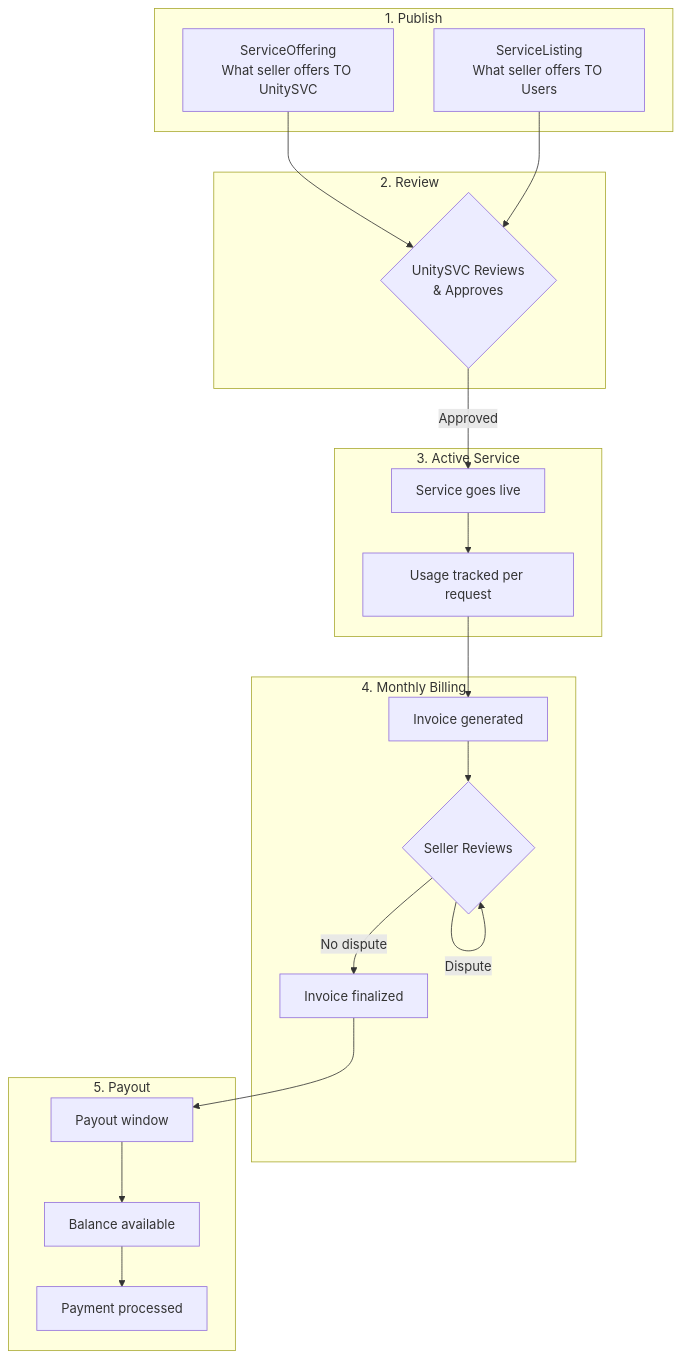
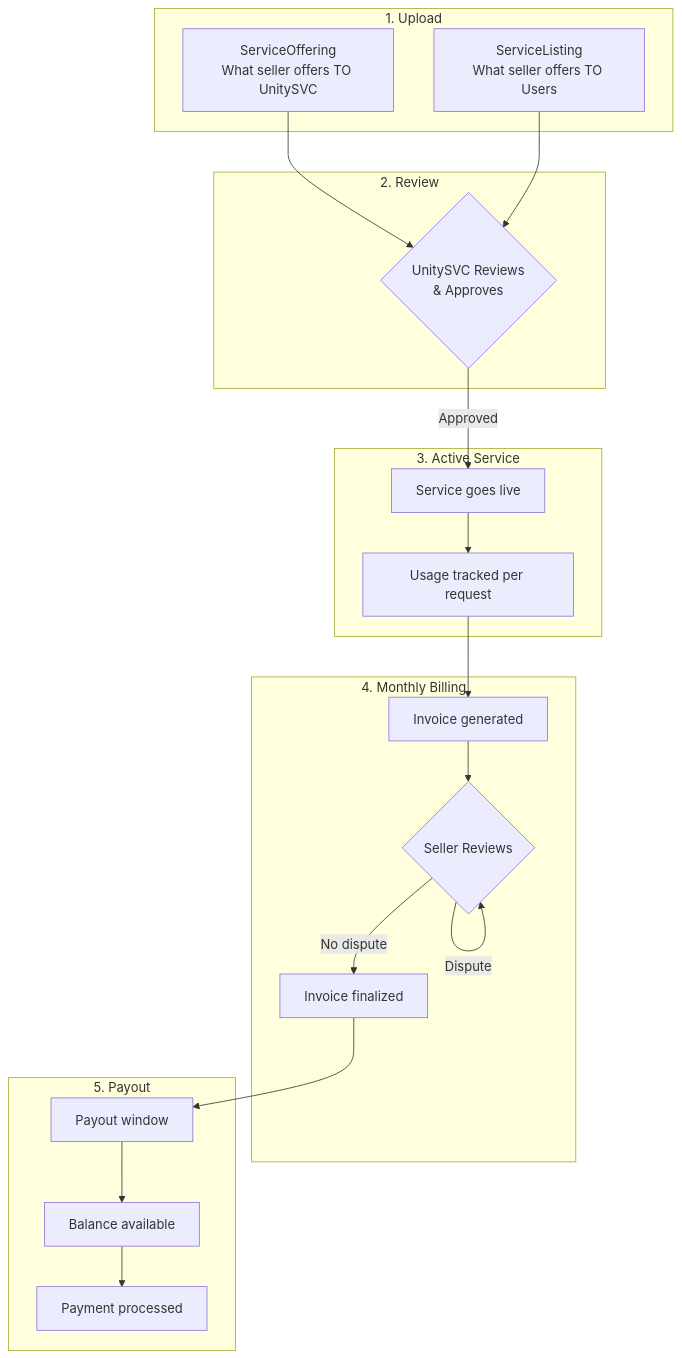
Before and after one commit to unitysvc/unitysvc-services: the first of 4 diagrams in docs/seller-lifecycle.md, drawn with Mermaid. The commit also changed other lines of this file and 19 other files, not shown here.

````diff
--- a/docs/seller-lifecycle.md
+++ b/docs/seller-lifecycle.md
@@ -7,40 +7,40 @@
 ```mermaid
 flowchart TD
-    subgraph Publish["1. Publish"]
+    subgraph Upload["1. Upload"]
         A[ServiceOffering<br/>What seller offers TO UnitySVC]
         B[ServiceListing<br/>What seller offers TO Users]
     end
 
     subgraph Review["2. Review"]
         C{UnitySVC Reviews<br/>& Approves}
     end
 
     subgraph Active["3. Active Service"]
         D[Service goes live]
         E[Usage tracked per request]
     end
 
     subgraph Billing["4. Monthly Billing"]
         F[Invoice generated]
         G{Seller Reviews}
         H[Invoice finalized]
     end
 
     subgraph Payout["5. Payout"]
         I[Payout window]
         J[Balance available]
         K[Payment processed]
     end
 
     A --> C
     B --> C
     C -->|Approved| D
     D --> E
     E --> F
     F --> G
     G -->|No dispute| H
     G -->|Dispute| G
     H --> I
     I --> J
     J --> K
 ```
````
